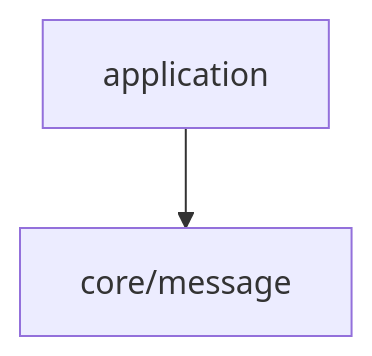
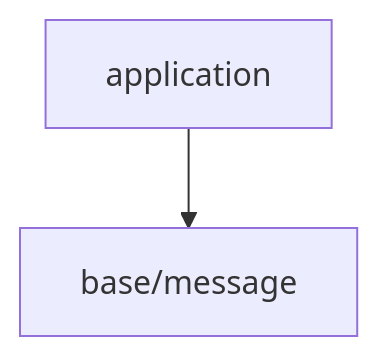
The diagram in docs/layer.md (chocolate-pie24/gl_choco_engine), drawn with Mermaid before and after one commit. The commit also changed other lines of this file and 5 other files, not shown here.

First line of the commit message:
refactor: Move 'core/message' -> 'base/message'

````diff
--- a/docs/layer.md
+++ b/docs/layer.md
@@ -5,7 +5,7 @@
 ```mermaid
 graph TD
   A[application]
-  C[core/message]
+  B[base/message]
 
-  A --> C
+  A --> B
 ```
````
